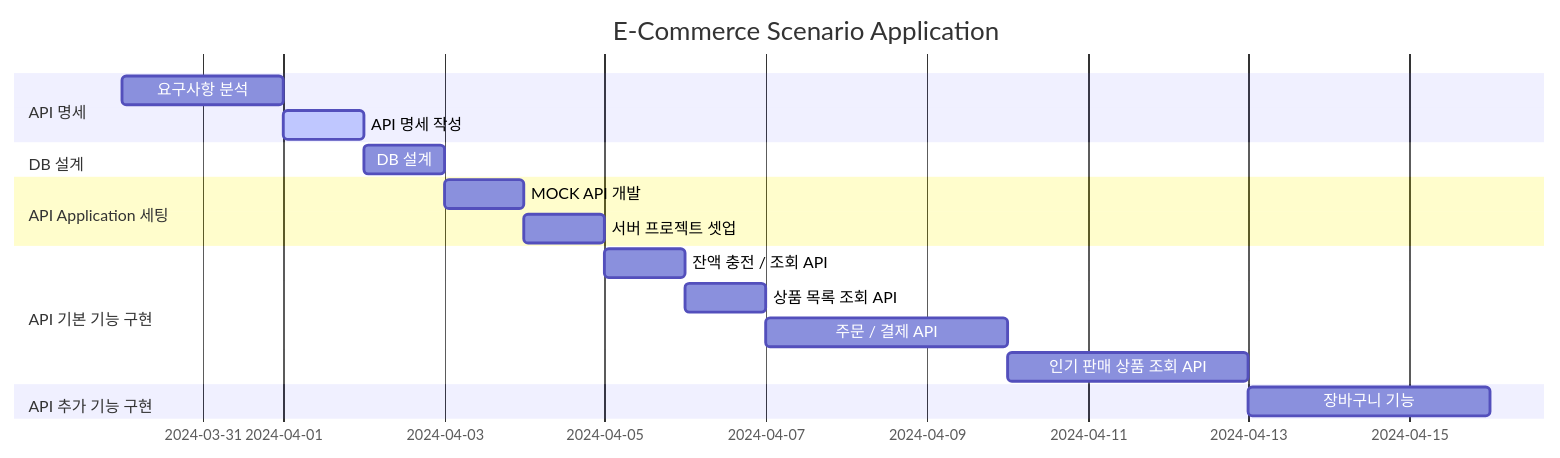
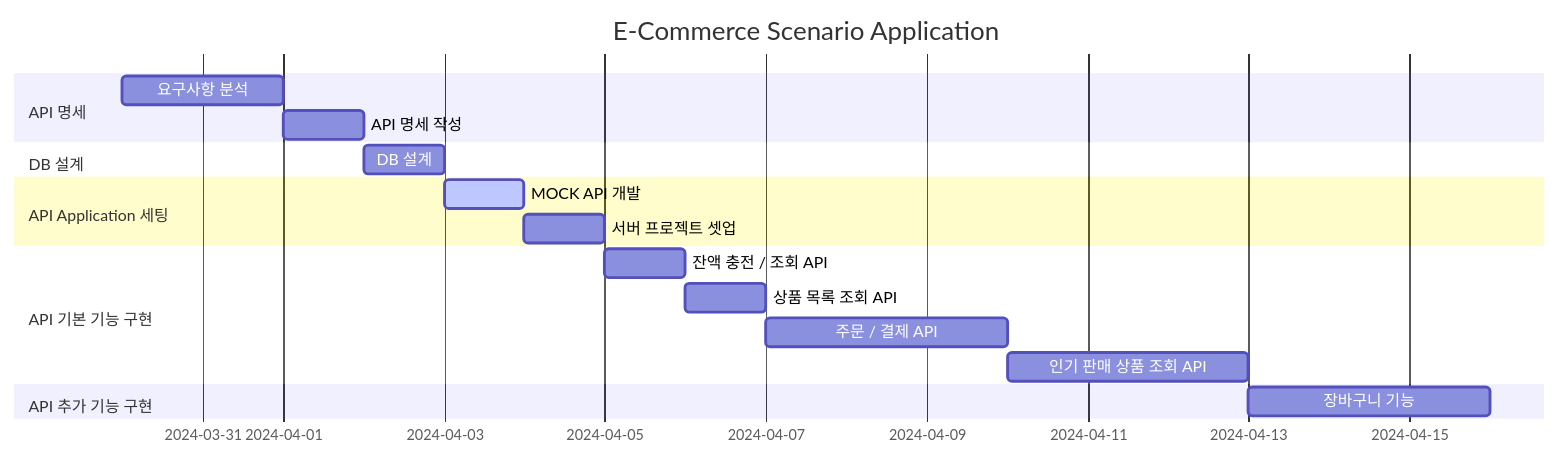
One commit to newbieJanghan/hh_plus_server changed the first of 2 diagrams in README.md. Above: the diagram before and after it, drawn with Mermaid. The commit also changed other lines of this file, not shown here.

Commit message:
Docs: Product Query Parameter / direction 추가

````diff
--- a/README.md
+++ b/README.md
@@ -3,20 +3,20 @@
 ```mermaid
 gantt
     title E-Commerce Scenario Application
     dateFormat YYYY-MM-DD
     section API 명세
         요구사항 분석: Done, 2024-03-30, 2024-04-01
-        API 명세 작성: active, 2024-04-01, 2024-04-02
+        API 명세 작성: Done, 2024-04-01, 2024-04-02
     section DB 설계
-        DB 설계: future, 2024-04-02, 2024-04-03
+        DB 설계: Done, 2024-04-02, 2024-04-03
     section API Application 세팅
-        MOCK API 개발: future, 2024-04-03, 2024-04-04
+        MOCK API 개발: active, 2024-04-03, 2024-04-04
         서버 프로젝트 셋업: future, 2024-04-04, 2024-04-05
     section API 기본 기능 구현
         잔액 충전 / 조회 API: future, 2024-04-05, 2024-04-06
         상품 목록 조회 API: future, 2024-04-06, 2024-04-07
         주문 / 결제 API: future, 2024-04-07, 2024-04-10
         인기 판매 상품 조회 API: future, 2024-04-10, 2024-04-13
     section API 추가 기능 구현
         장바구니 기능: future, 2024-04-13, 2024-04-16
 ```
````
